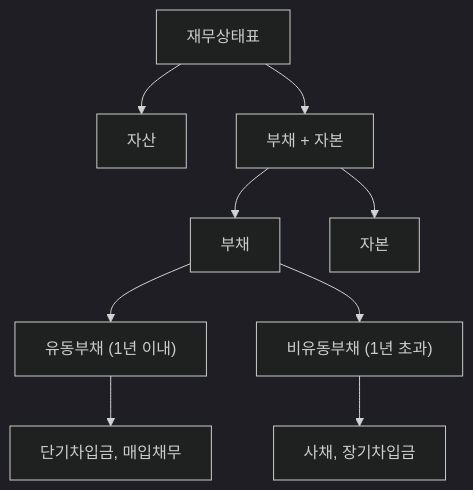
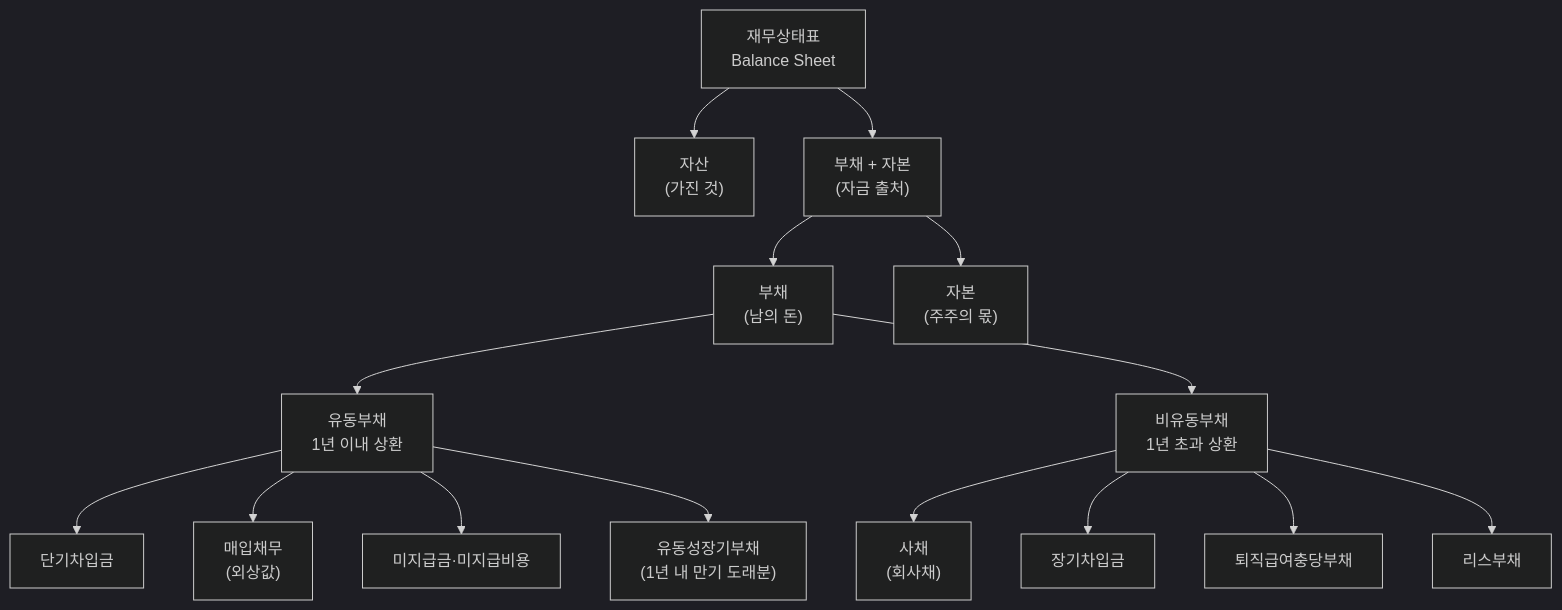
Before and after one commit to yeongseon/stock-visual-note: the diagram in content/stock-terms/ko/level-03-financial-statements/liabilities.md, drawn with Mermaid (dark theme). The commit also changed other lines of this file, not shown here.

Commit message:
content: rewrite liabilities.md — richer Mermaid diagram (15 nodes), 4 misconceptions, debt quality analysis with scenario

````diff
--- a/content/stock-terms/ko/level-03-financial-statements/liabilities.md
+++ b/content/stock-terms/ko/level-03-financial-statements/liabilities.md
@@ -39,12 +51,22 @@
 ```mermaid
 graph TD
-    A["재무상태표"]
-    A --> B["자산"]
-    A --> C["부채 + 자본"]
-    C --> D["부채"]
-    C --> E["자본"]
-    D --> F["유동부채 (1년 이내)"]
-    D --> G["비유동부채 (1년 초과)"]
-    F --> H["단기차입금, 매입채무"]
-    G --> I["사채, 장기차입금"]
+    A["재무상태표<br>Balance Sheet"]
+    A --> B["자산<br>(가진 것)"]
+    A --> C["부채 + 자본<br>(자금 출처)"]
+
+    C --> D["부채<br>(남의 돈)"]
+    C --> E["자본<br>(주주의 몫)"]
+
+    D --> F["유동부채<br>1년 이내 상환"]
+    D --> G["비유동부채<br>1년 초과 상환"]
+
+    F --> H["단기차입금"]
+    F --> I["매입채무<br>(외상값)"]
+    F --> J["미지급금·미지급비용"]
+    F --> K["유동성장기부채<br>(1년 내 만기 도래분)"]
+
+    G --> L["사채<br>(회사채)"]
+    G --> M["장기차입금"]
+    G --> N["퇴직급여충당부채"]
+    G --> O["리스부채"]
 ```
````
